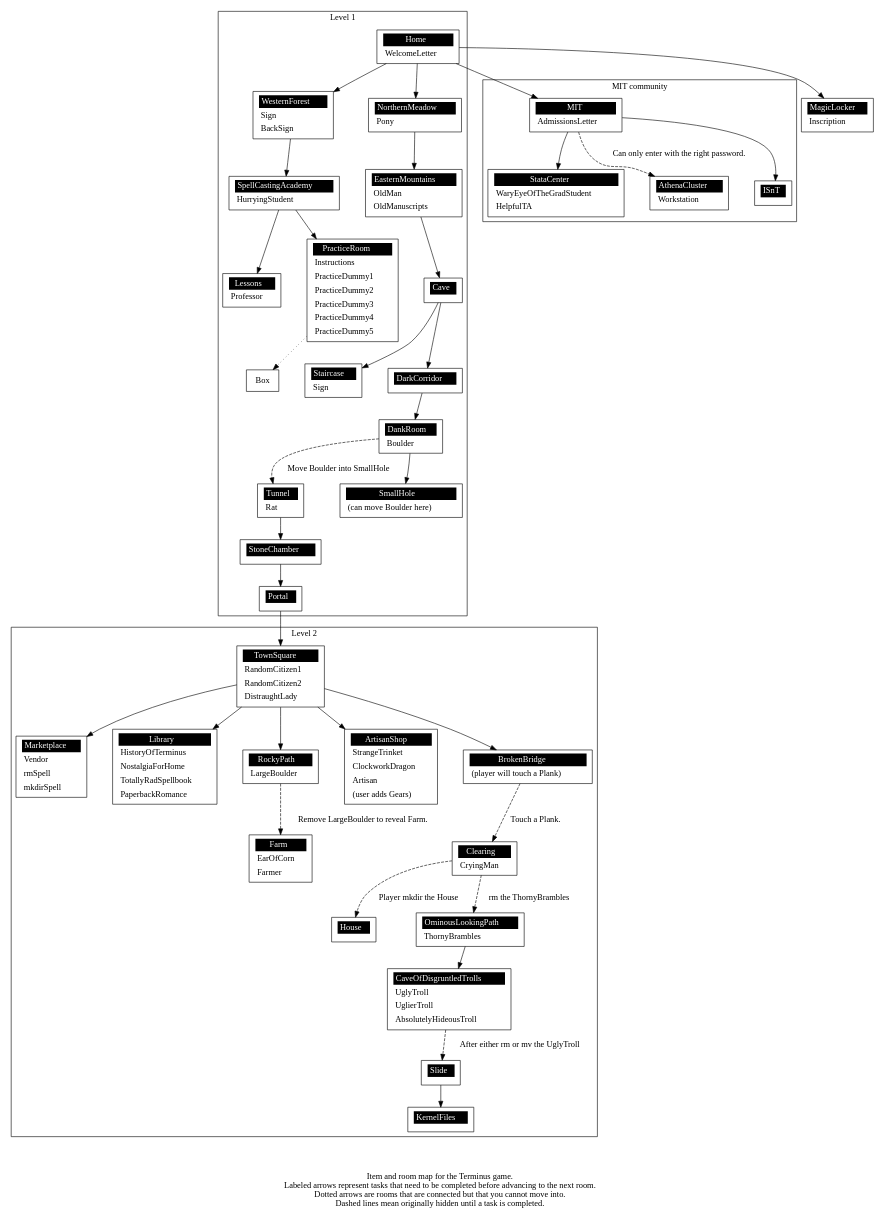
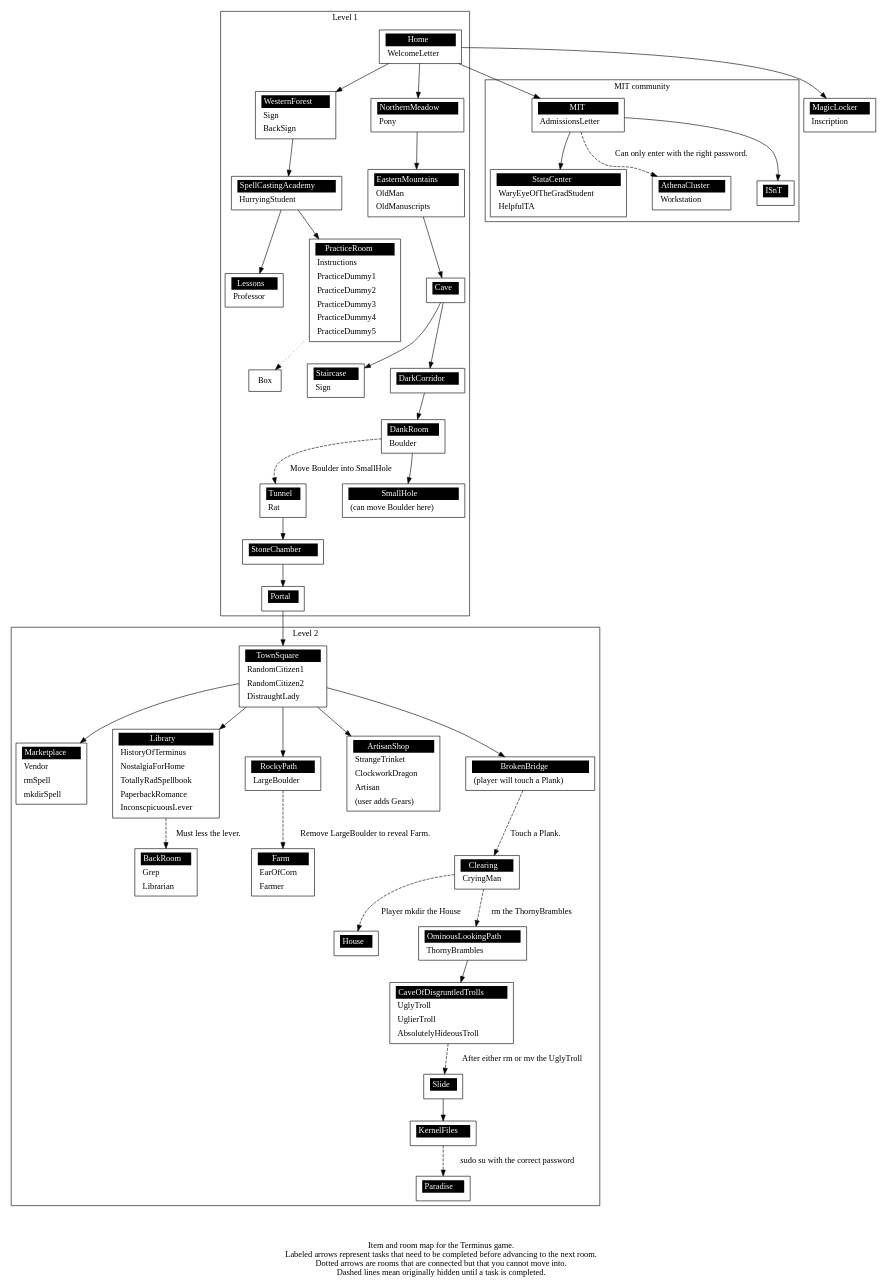
One commit to mprat/Terminus changed the diagram in docs/level_map.gv. Above: the diagram before and after it, drawn with Graphviz. The commit also changed 4 other files, not shown here.

Commit message:
inconspicuous lever reveals the back room

```diff
--- a/docs/level_map.gv
+++ b/docs/level_map.gv
@@ -128,12 +128,20 @@
 	<tr><td align="left" port="r3">NostalgiaForHome</td></tr>
 	<tr><td align="left" port="r0">TotallyRadSpellbook</td></tr>
 	<tr><td align="left" port="r1">PaperbackRomance</td></tr>
+	<tr><td align="left" port="r4">InconscpicuousLever</td></tr>
 	</table>>];
 
 	"RockyPath" [label = 
 	<<table border="0" cellborder="0" cellpadding="3" bgcolor="white"><tr>
 	<td bgcolor="black" align="center" colspan="2"><font color="white">RockyPath</font></td></tr>
 	<tr><td align="left" port="r0">LargeBoulder</td></tr>
+	</table>>];
+
+	"BackRoom" [label = 
+	<<table border="0" cellborder="0" cellpadding="3" bgcolor="white"><tr>
+	<td bgcolor="black" align="center" colspan="2"><font color="white">BackRoom</font></td></tr>
+	<tr><td align="left" port="r0">Grep</td></tr>
+	<tr><td align="left" port="r1">Librarian</td></tr>
 	</table>>];
 
 	"ArtisanShop" [label = 
@@ -221,6 +229,13 @@
 	<tr><td align="left" port="r0"></td></tr>
 	</table>>];
 
+	"Paradise" [label = 
+	<<table border="0" cellborder="0" cellpadding="3" bgcolor="white"><tr>
+	<td bgcolor="black" align="center" colspan="2"><font color="white">Paradise</font></td></tr>
+	<tr><td align="left" port="r0"></td></tr>
+	</table>>];
+
+
 	"KernelFiles" [label = 
 	<<table border="0" cellborder="0" cellpadding="3" bgcolor="white"><tr>
 	<td bgcolor="black" align="center" colspan="2"><font color="white">KernelFiles</font></td></tr>
@@ -261,6 +276,8 @@
 		"OminousLookingPath" -> "CaveOfDisgruntledTrolls";
 		"Slide" -> "KernelFiles";
 		"CaveOfDisgruntledTrolls" -> "Slide" [style="dashed", label="After either rm or mv the UglyTroll"];
+		"Library" -> "BackRoom" [style="dashed", label="Must less the lever."];
+		"KernelFiles" -> "Paradise" [style="dashed", label="sudo su with the correct password"];
 	}
 
 	subgraph cluster_mit{
```
